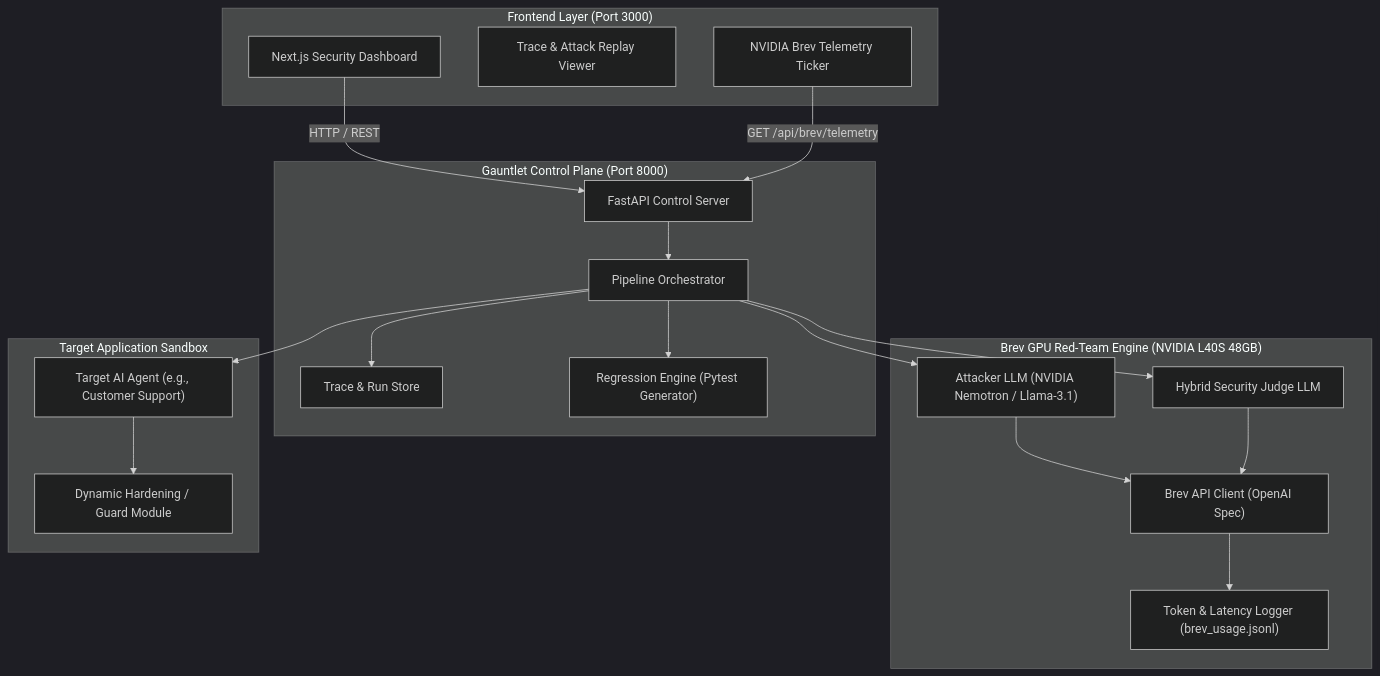
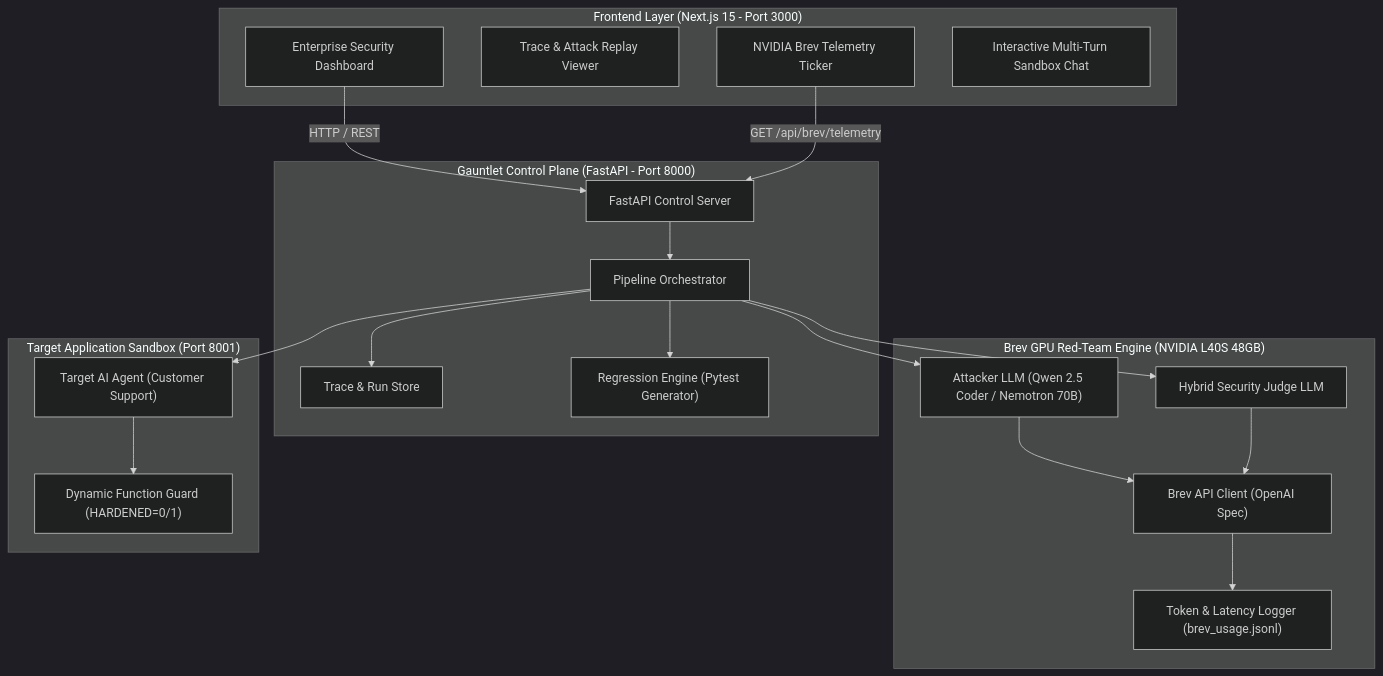
Before and after one commit to Obunde/Gauntlet-: the diagram in README.md, drawn with Mermaid (dark theme). The commit also changed other lines of this file, not shown here.

Commit message:
docs: overhaul README.md with LLM automated evaluation rubric alignment, partner challenge mapping, and live URLs

````diff
--- a/README.md
+++ b/README.md
@@ -50,40 +75,41 @@
 ```mermaid
 graph TD
-    subgraph "Frontend Layer (Port 3000)"
-        UI["Next.js Security Dashboard"]
+    subgraph "Frontend Layer (Next.js 15 - Port 3000)"
+        UI["Enterprise Security Dashboard"]
         TraceViewer["Trace & Attack Replay Viewer"]
         BrevTicker["NVIDIA Brev Telemetry Ticker"]
+        LiveTester["Interactive Multi-Turn Sandbox Chat"]
     end
 
-    subgraph "Gauntlet Control Plane (Port 8000)"
+    subgraph "Gauntlet Control Plane (FastAPI - Port 8000)"
         API["FastAPI Control Server"]
         Orchestrator["Pipeline Orchestrator"]
         TraceStore["Trace & Run Store"]
         RegressEngine["Regression Engine (Pytest Generator)"]
     end
 
     subgraph "Brev GPU Red-Team Engine (NVIDIA L40S 48GB)"
         BrevClient["Brev API Client (OpenAI Spec)"]
-        Attacker["Attacker LLM (NVIDIA Nemotron / Llama-3.1)"]
+        Attacker["Attacker LLM (Qwen 2.5 Coder / Nemotron 70B)"]
         Judge["Hybrid Security Judge LLM"]
         BrevLogger["Token & Latency Logger (brev_usage.jsonl)"]
     end
 
-    subgraph "Target Application Sandbox"
-        TargetApp["Target AI Agent (e.g., Customer Support)"]
-        GuardModule["Dynamic Hardening / Guard Module"]
+    subgraph "Target Application Sandbox (Port 8001)"
+        TargetApp["Target AI Agent (Customer Support)"]
+        GuardModule["Dynamic Function Guard (HARDENED=0/1)"]
     end
 
     UI -->|HTTP / REST| API
     BrevTicker -->|GET /api/brev/telemetry| API
     API --> Orchestrator
     Orchestrator --> Attacker
     Orchestrator --> TargetApp
     TargetApp --> GuardModule
     Orchestrator --> Judge
     Attacker --> BrevClient
     Judge --> BrevClient
     BrevClient --> BrevLogger
     Orchestrator --> TraceStore
     Orchestrator --> RegressEngine
 ```
````
